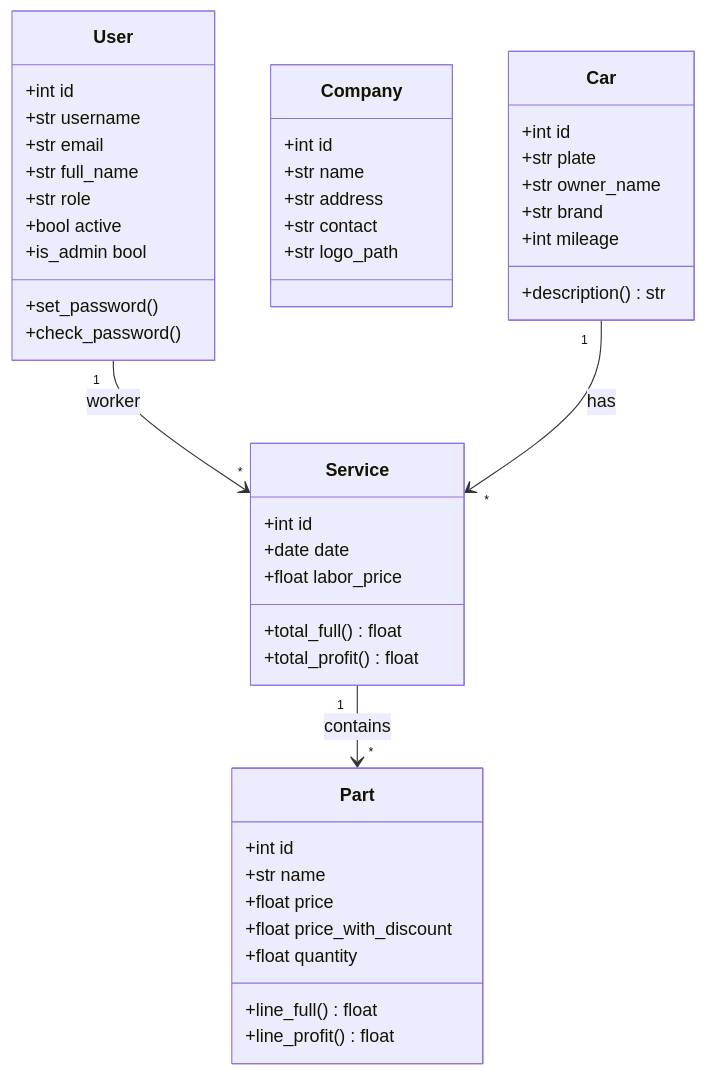
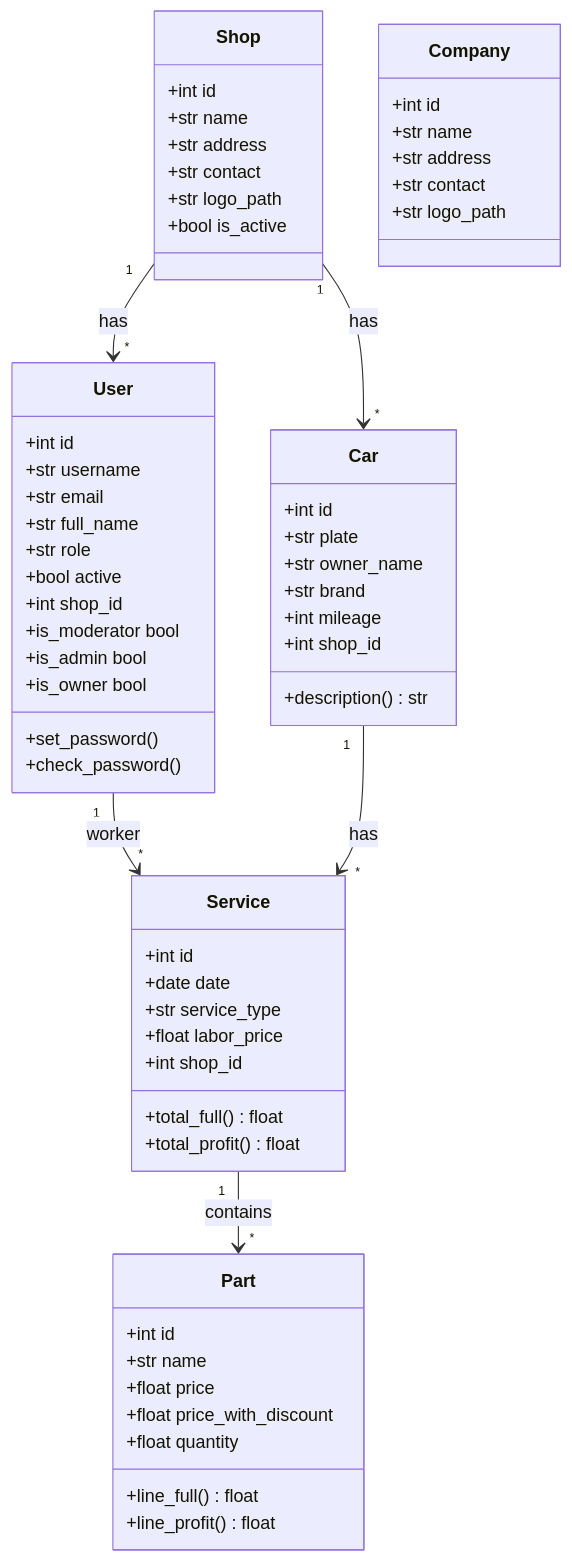
The diagram in .vio/wiki/bundle/files/app/models.md (grga023/GaragePro), drawn with Mermaid before and after one commit. The commit also changed other lines of this file and 50 other files, not shown here.

````diff
--- a/.vio/wiki/bundle/files/app/models.md
+++ b/.vio/wiki/bundle/files/app/models.md
@@ -22,48 +22,64 @@
 ```mermaid
 classDiagram
+    class Shop {
+        +int id
+        +str name
+        +str address
+        +str contact
+        +str logo_path
+        +bool is_active
+    }
     class User {
         +int id
         +str username
         +str email
         +str full_name
         +str role
         +bool active
+        +int shop_id
         +set_password()
         +check_password()
+        +is_moderator bool
         +is_admin bool
+        +is_owner bool
     }
     class Company {
         +int id
         +str name
         +str address
         +str contact
         +str logo_path
     }
     class Car {
         +int id
         +str plate
         +str owner_name
         +str brand
         +int mileage
+        +int shop_id
         +description() str
     }
     class Service {
         +int id
         +date date
+        +str service_type
         +float labor_price
+        +int shop_id
         +total_full() float
         +total_profit() float
     }
     class Part {
         +int id
         +str name
         +float price
         +float price_with_discount
         +float quantity
         +line_full() float
         +line_profit() float
     }
+    Shop "1" --> "*" User : has
+    Shop "1" --> "*" Car : has
     User "1" --> "*" Service : worker
     Car "1" --> "*" Service : has
     Service "1" --> "*" Part : contains
 ```
````
